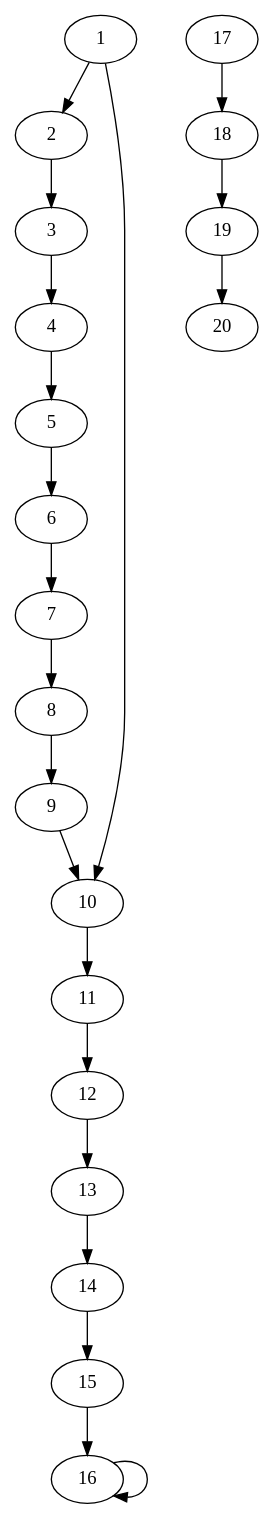
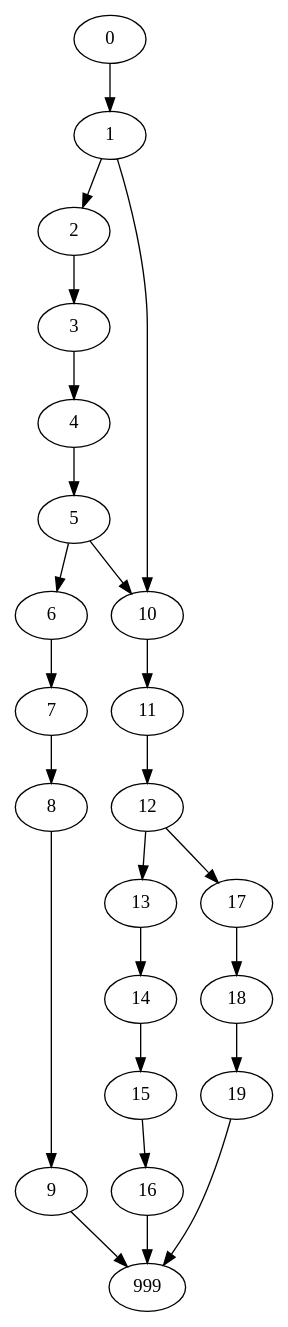
One commit to DanielTMolloy919/PDG-Plagiarism-Detector changed the diagram in graphs/CFGs/file0.dot. Above: the diagram before and after it, drawn with Graphviz. The commit also changed 4 other files, not shown here.

```diff
--- a/graphs/CFGs/file0.dot
+++ b/graphs/CFGs/file0.dot
@@ -1,42 +1,46 @@
 strict digraph G {
+  0;
   1;
   2;
   3;
   4;
   5;
   6;
   7;
   8;
   9;
   10;
   11;
   12;
   13;
   14;
   15;
   16;
   17;
   18;
   19;
-  20;
+  999;
+  0 -> 1;
   1 -> 2;
-  9 -> 10;
   1 -> 10;
   2 -> 3;
+  5 -> 10;
   3 -> 4;
   4 -> 5;
   5 -> 6;
   6 -> 7;
   7 -> 8;
   8 -> 9;
+  9 -> 999;
+  12 -> 17;
   10 -> 11;
   11 -> 12;
   12 -> 13;
   13 -> 14;
   14 -> 15;
   15 -> 16;
-  16 -> 16;
+  16 -> 999;
   17 -> 18;
   18 -> 19;
-  19 -> 20;
+  19 -> 999;
 }
```
